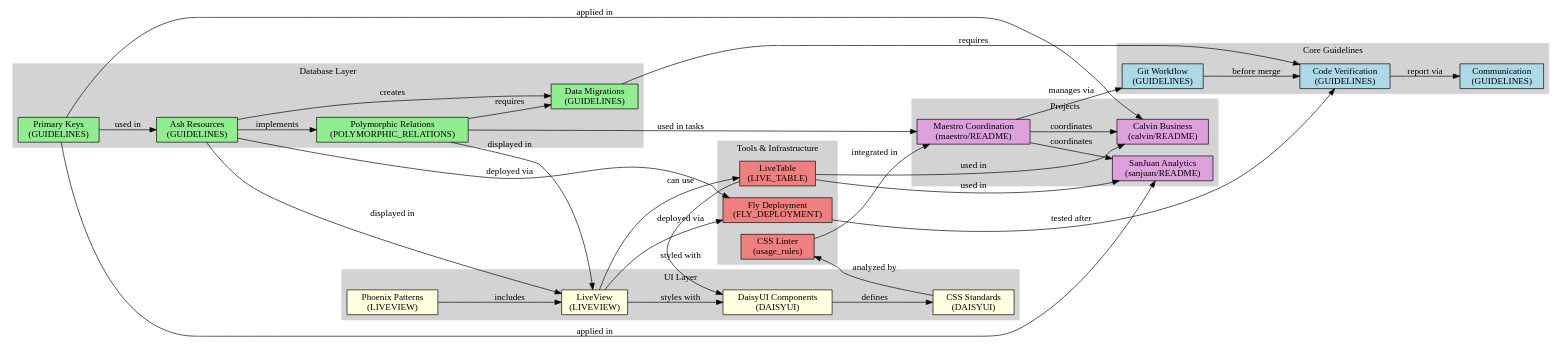
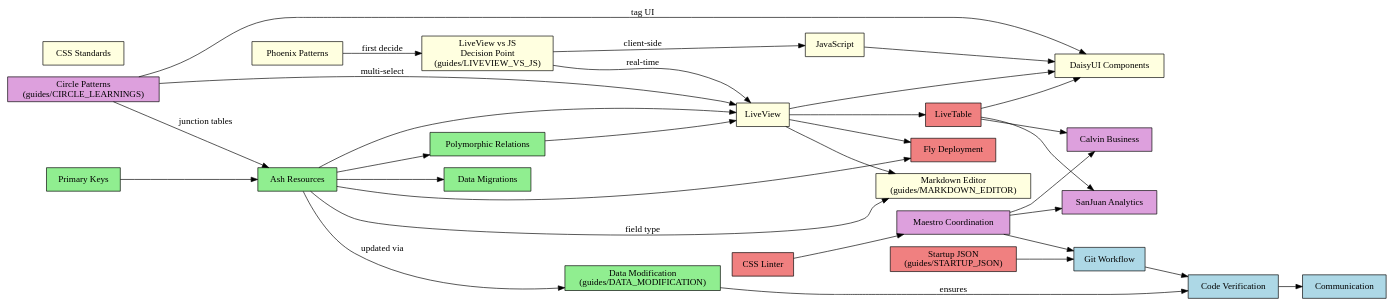
The diagram in CONCEPT_DAG.dot (vintrepid/maestro), drawn with Graphviz before and after one commit. The commit also changed 1 other file, not shown here.

Commit message:
Update concept DAG with all new guides
- Added Data Modification Patterns
- Added LiveView vs JavaScript decision point
- Added Markdown Editor Pattern
- Added Circle Learnings
- Added Startup JSON
- Regenerated SVG diagram

```diff
--- a/CONCEPT_DAG.dot
+++ b/CONCEPT_DAG.dot
@@ -1,115 +1,77 @@
 digraph GuidelineConcepts {
   rankdir=LR;
   node [shape=box, style=filled];
   
-  // Core concepts
   node [fillcolor=lightblue];
-  git [label="Git Workflow\n(GUIDELINES)"];
-  verification [label="Code Verification\n(GUIDELINES)"];
-  communication [label="Communication\n(GUIDELINES)"];
+  git [label="Git Workflow"];
+  verification [label="Code Verification"];
+  communication [label="Communication"];
   
-  // Database concepts
   node [fillcolor=lightgreen];
-  db_pk [label="Primary Keys\n(GUIDELINES)"];
-  ash_resource [label="Ash Resources\n(GUIDELINES)"];
-  poly_relations [label="Polymorphic Relations\n(POLYMORPHIC_RELATIONS)"];
-  migrations [label="Data Migrations\n(GUIDELINES)"];
+  db_pk [label="Primary Keys"];
+  ash_resource [label="Ash Resources"];
+  poly_relations [label="Polymorphic Relations"];
+  migrations [label="Data Migrations"];
+  data_modification [label="Data Modification\n(guides/DATA_MODIFICATION)"];
   
-  // UI/Frontend concepts
   node [fillcolor=lightyellow];
-  phoenix [label="Phoenix Patterns\n(LIVEVIEW)"];
-  liveview [label="LiveView\n(LIVEVIEW)"];
-  daisyui [label="DaisyUI Components\n(DAISYUI)"];
-  css [label="CSS Standards\n(DAISYUI)"];
+  phoenix [label="Phoenix Patterns"];
+  ui_decision [label="LiveView vs JS\nDecision Point\n(guides/LIVEVIEW_VS_JS)"];
+  liveview [label="LiveView"];
+  javascript [label="JavaScript"];
+  daisyui [label="DaisyUI Components"];
+  css [label="CSS Standards"];
+  markdown_editor [label="Markdown Editor\n(guides/MARKDOWN_EDITOR)"];
   
-  // Tools
   node [fillcolor=lightcoral];
-  css_linter [label="CSS Linter\n(usage_rules)"];
-  live_table [label="LiveTable\n(LIVE_TABLE)"];
-  fly [label="Fly Deployment\n(FLY_DEPLOYMENT)"];
+  css_linter [label="CSS Linter"];
+  live_table [label="LiveTable"];
+  fly [label="Fly Deployment"];
+  startup_json [label="Startup JSON\n(guides/STARTUP_JSON)"];
   
-  // Project-specific (from READMEs)
   node [fillcolor=plum];
-  calvin_domain [label="Calvin Business\n(calvin/README)"];
-  sanjuan_domain [label="SanJuan Analytics\n(sanjuan/README)"];
-  maestro_coord [label="Maestro Coordination\n(maestro/README)"];
+  calvin_domain [label="Calvin Business"];
+  sanjuan_domain [label="SanJuan Analytics"];
+  maestro_coord [label="Maestro Coordination"];
+  circle_learnings [label="Circle Patterns\n(guides/CIRCLE_LEARNINGS)"];
   
-  // Relationships - Database flow
-  db_pk -> ash_resource [label="used in"];
-  ash_resource -> poly_relations [label="implements"];
-  ash_resource -> migrations [label="creates"];
-  poly_relations -> migrations [label="requires"];
-  migrations -> verification [label="requires"];
+  db_pk -> ash_resource;
+  ash_resource -> poly_relations;
+  ash_resource -> migrations;
+  ash_resource -> data_modification [label="updated via"];
+  data_modification -> verification [label="ensures"];
   
-  // Relationships - UI flow
-  phoenix -> liveview [label="includes"];
-  liveview -> daisyui [label="styles with"];
-  daisyui -> css [label="defines"];
-  css -> css_linter [label="analyzed by"];
+  phoenix -> ui_decision [label="first decide"];
+  ui_decision -> liveview [label="real-time"];
+  ui_decision -> javascript [label="client-side"];
   
-  // Relationships - LiveView patterns
-  liveview -> live_table [label="can use"];
-  live_table -> daisyui [label="styled with"];
+  liveview -> daisyui;
+  javascript -> daisyui;
+  liveview -> markdown_editor;
+  ash_resource -> markdown_editor [label="field type"];
   
-  // Relationships - Development flow
-  git -> verification [label="before merge"];
-  verification -> communication [label="report via"];
+  liveview -> live_table;
+  live_table -> daisyui;
   
-  // Relationships - Database & UI intersection
-  ash_resource -> liveview [label="displayed in"];
-  poly_relations -> liveview [label="displayed in"];
-  db_pk -> calvin_domain [label="applied in"];
-  db_pk -> sanjuan_domain [label="applied in"];
-  poly_relations -> maestro_coord [label="used in tasks"];
+  circle_learnings -> liveview [label="multi-select"];
+  circle_learnings -> daisyui [label="tag UI"];
+  circle_learnings -> ash_resource [label="junction tables"];
   
-  // Relationships - Project coordination
-  maestro_coord -> calvin_domain [label="coordinates"];
-  maestro_coord -> sanjuan_domain [label="coordinates"];
-  maestro_coord -> git [label="manages via"];
+  git -> verification;
+  verification -> communication;
+  startup_json -> git;
   
-  // Relationships - Tools & Concepts
-  css_linter -> maestro_coord [label="integrated in"];
-  live_table -> sanjuan_domain [label="used in"];
-  live_table -> calvin_domain [label="used in"];
+  ash_resource -> liveview;
+  poly_relations -> liveview;
   
-  // Deployment
-  liveview -> fly [label="deployed via"];
-  ash_resource -> fly [label="deployed via"];
-  fly -> verification [label="tested after"];
+  maestro_coord -> calvin_domain;
+  maestro_coord -> sanjuan_domain;
+  maestro_coord -> git;
   
-  // Subgraphs for organization
-  subgraph cluster_core {
-    label="Core Guidelines";
-    style=filled;
-    color=lightgrey;
-    git; verification; communication;
-  }
+  css_linter -> maestro_coord;
+  live_table -> sanjuan_domain;
+  live_table -> calvin_domain;
   
-  subgraph cluster_data {
-    label="Database Layer";
-    style=filled;
-    color=lightgrey;
-    db_pk; ash_resource; poly_relations; migrations;
-  }
-  
-  subgraph cluster_ui {
-    label="UI Layer";
-    style=filled;
-    color=lightgrey;
-    phoenix; liveview; daisyui; css;
-  }
-  
-  subgraph cluster_tools {
-    label="Tools & Infrastructure";
-    style=filled;
-    color=lightgrey;
-    css_linter; live_table; fly;
-  }
-  
-  subgraph cluster_projects {
-    label="Projects";
-    style=filled;
-    color=lightgrey;
-    calvin_domain; sanjuan_domain; maestro_coord;
-  }
+  liveview -> fly;
+  ash_resource -> fly;
 }
```
